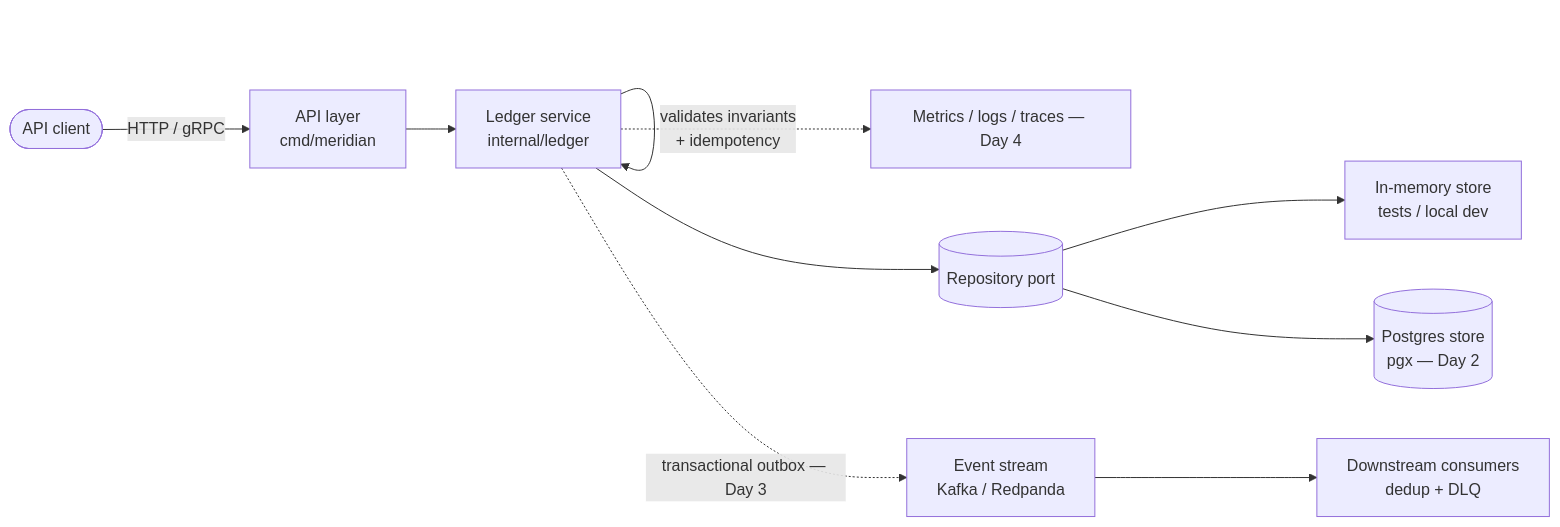
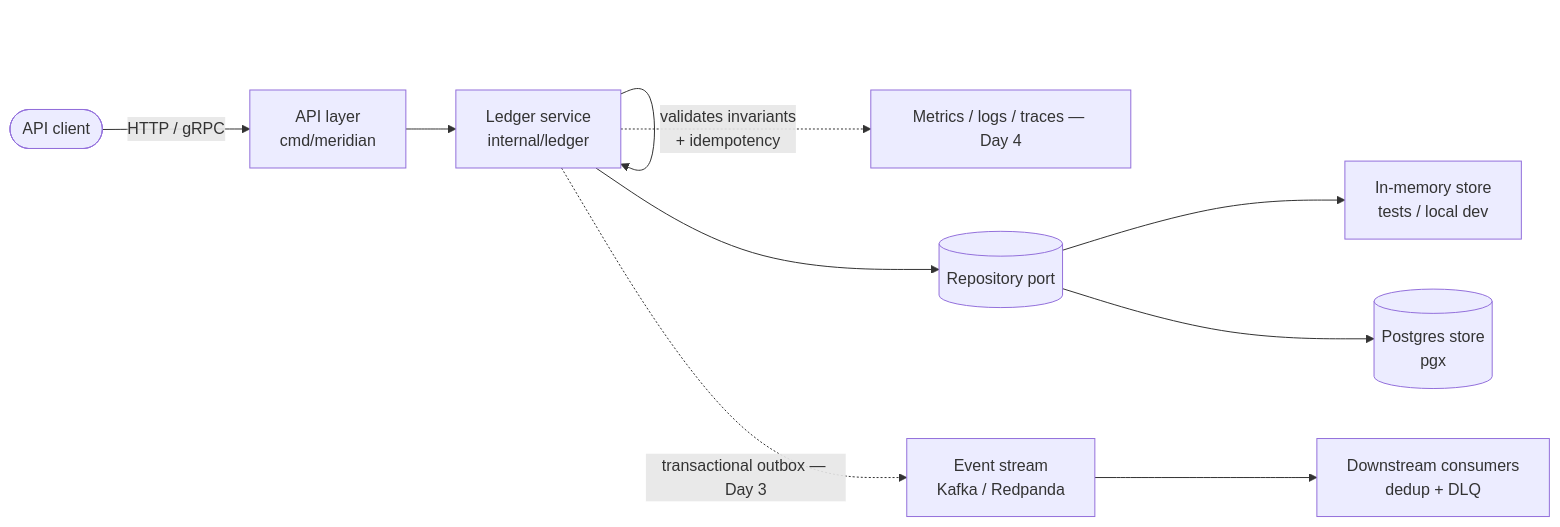
Before and after one commit to tandrysyawaludin/meridian-ledger: the diagram in README.md, drawn with Mermaid. The commit also changed other lines of this file and 18 other files, not shown here.

First line of the commit message:
feat: add HTTP and gRPC APIs with pgx Postgres store

````diff
--- a/README.md
+++ b/README.md
@@ -37,12 +37,12 @@
 ```mermaid
 flowchart LR
     Client([API client]) -->|HTTP / gRPC| API[API layer<br/>cmd/meridian]
     API --> SVC[Ledger service<br/>internal/ledger]
     SVC -->|validates invariants<br/>+ idempotency| SVC
     SVC --> Repo[(Repository port)]
     Repo --> Mem[In-memory store<br/>tests / local dev]
-    Repo --> PG[(Postgres store<br/>pgx — Day 2)]
+    Repo --> PG[(Postgres store<br/>pgx)]
     SVC -.->|transactional outbox — Day 3| Outbox[Event stream<br/>Kafka / Redpanda]
     Outbox --> Consumers[Downstream consumers<br/>dedup + DLQ]
     SVC -.-> Metrics[Metrics / logs / traces — Day 4]
 ```
````
